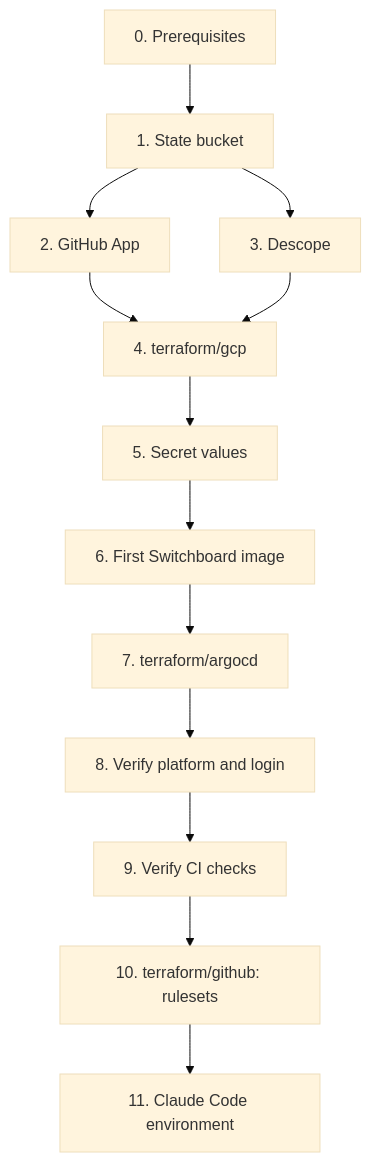
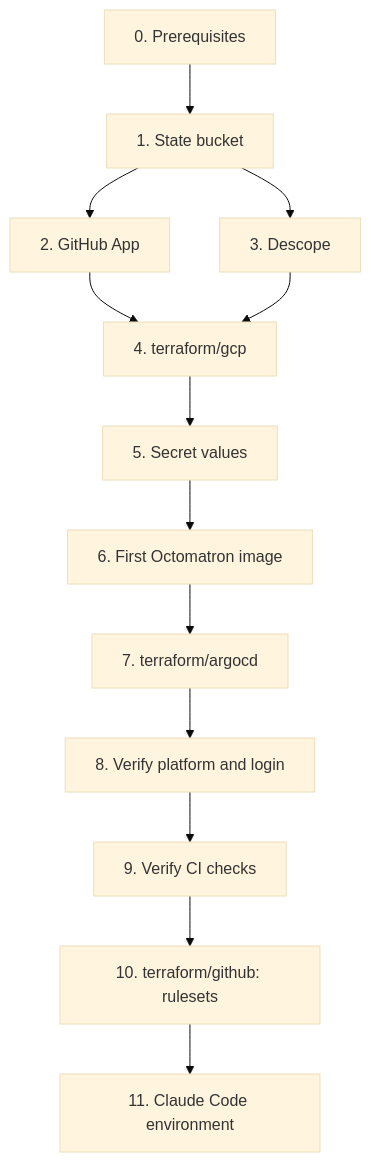
The diagram in hub/runbooks/bootstrap.md (arikkfir-org/docs), drawn with Mermaid (base theme) before and after one commit. The commit also changed other lines of this file and 13 other files, not shown here.

First line of the commit message:
docs(hub): rename Switchboard to Octomatron

````diff
--- a/hub/runbooks/bootstrap.md
+++ b/hub/runbooks/bootstrap.md
@@ -7,15 +7,15 @@
 ```mermaid
 flowchart TD
   P[0. Prerequisites] --> SB[1. State bucket]
   SB --> APP[2. GitHub App]
   SB --> DS[3. Descope]
   APP --> GCP[4. terraform/gcp]
   DS --> GCP
   GCP --> SEC[5. Secret values]
-  SEC --> IMG[6. First Switchboard image]
+  SEC --> IMG[6. First Octomatron image]
   IMG --> ACD[7. terraform/argocd]
   ACD --> VER[8. Verify platform and login]
   VER --> CI[9. Verify CI checks]
   CI --> GH[10. terraform/github: rulesets]
   GH --> CC[11. Claude Code environment]
 ```
````
